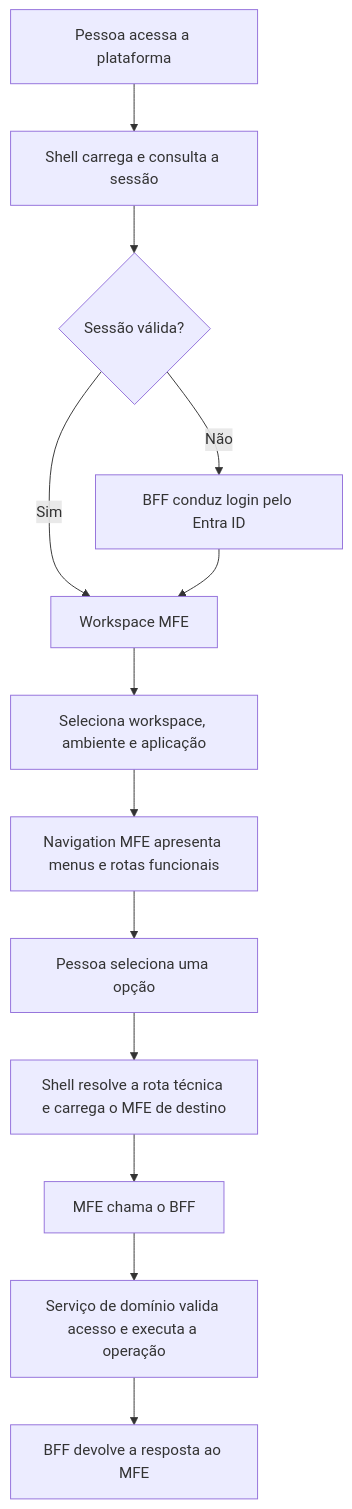
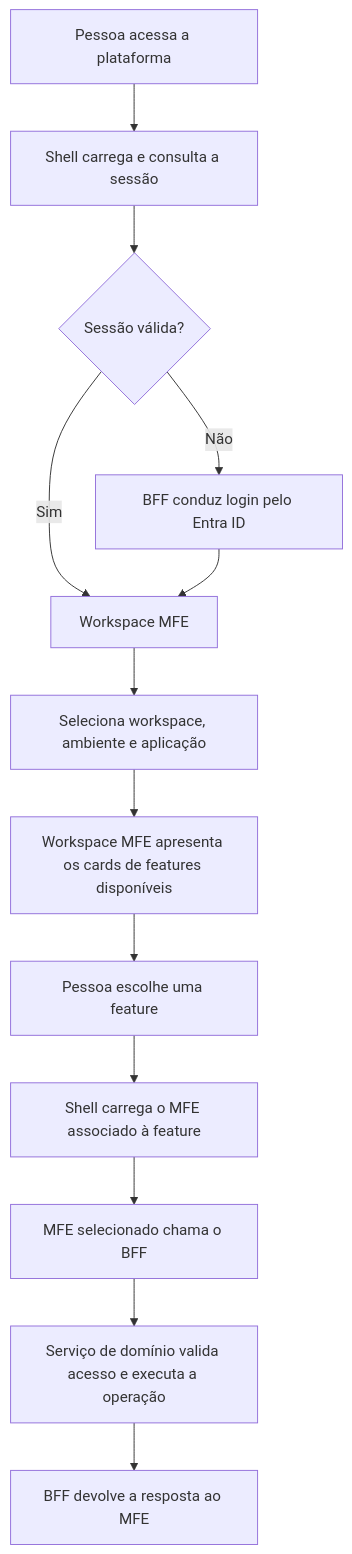
The second of 4 diagrams in docs/refinamento/18-micro-frontends/apresentacao-visao-geral.md (BrunoBS/guideline-java), drawn with Mermaid before and after one commit. The commit also changed other lines of this file, not shown here.

Commit message:
docs: corrigir navegação por cards de features

```diff
--- a/docs/refinamento/18-micro-frontends/apresentacao-visao-geral.md
+++ b/docs/refinamento/18-micro-frontends/apresentacao-visao-geral.md
@@ -47,15 +47,15 @@
 ~~~mermaid
 flowchart TB
   START["Pessoa acessa a plataforma"] --> SHELL["Shell carrega e consulta a sessão"]
   SHELL --> AUTH{"Sessão válida?"}
   AUTH -->|"Não"| LOGIN["BFF conduz login pelo Entra ID"]
   AUTH -->|"Sim"| WS["Workspace MFE"]
   LOGIN --> WS
   WS --> CONTEXT["Seleciona workspace, ambiente e aplicação"]
-  CONTEXT --> NAV["Navigation MFE apresenta menus e rotas funcionais"]
-  NAV --> ROUTE["Pessoa seleciona uma opção"]
-  ROUTE --> LOAD["Shell resolve a rota técnica e carrega o MFE de destino"]
-  LOAD --> REQUEST["MFE chama o BFF"]
+  CONTEXT --> CARDS["Workspace MFE apresenta os cards de features disponíveis"]
+  CARDS --> SELECT["Pessoa escolhe uma feature"]
+  SELECT --> LOAD["Shell carrega o MFE associado à feature"]
+  LOAD --> REQUEST["MFE selecionado chama o BFF"]
   REQUEST --> API["Serviço de domínio valida acesso e executa a operação"]
   API --> RESULT["BFF devolve a resposta ao MFE"]
 ~~~
```
